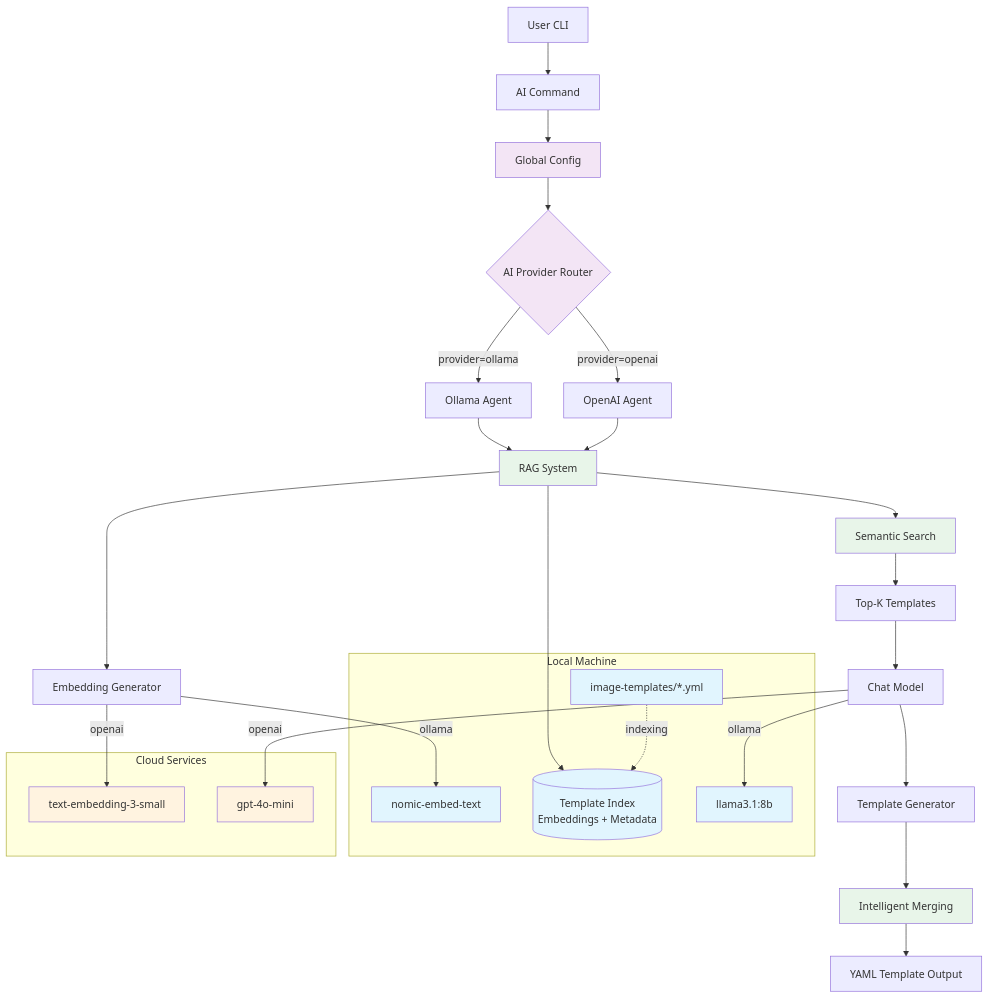
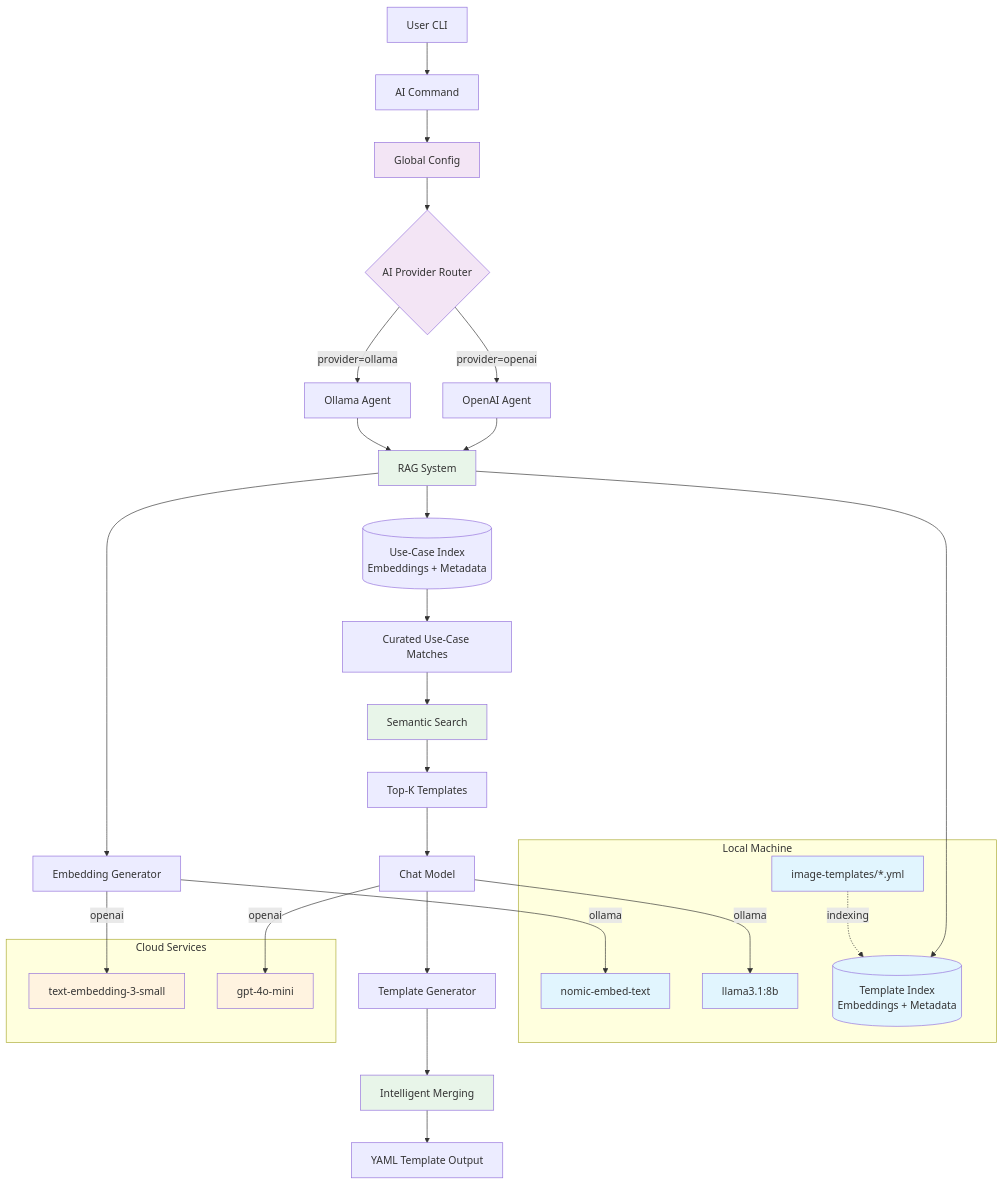
One commit to open-edge-platform/os-image-composer changed the first of 4 diagrams in docs/architecture/os-oimage-composer-ai-asistant.md. Above: the diagram before and after it, drawn with Mermaid. The commit also changed other lines of this file and 8 other files, not shown here.

Commit message:
added use-case rag guidance in addition to template based RAG

````diff
--- a/docs/architecture/os-oimage-composer-ai-asistant.md
+++ b/docs/architecture/os-oimage-composer-ai-asistant.md
@@ -126,53 +127,55 @@
 ```mermaid
 graph TB
     User[User CLI] --> AICommand[AI Command]
     AICommand --> Config[Global Config]
     Config --> AIProvider{AI Provider Router}
     
     AIProvider -->|provider=ollama| OllamaAgent[Ollama Agent]
     AIProvider -->|provider=openai| OpenAIAgent[OpenAI Agent]
     
-    OllamaAgent --> RAG[RAG System]
-    OpenAIAgent --> RAG
-    
-    RAG --> EmbeddingClient[Embedding Generator]
+  OllamaAgent --> RAG[RAG System]
+  OpenAIAgent --> RAG
+
+  RAG --> EmbeddingClient[Embedding Generator]
     EmbeddingClient -->|ollama| OllamaEmbed[nomic-embed-text]
     EmbeddingClient -->|openai| OpenAIEmbed[text-embedding-3-small]
     
-    RAG --> TemplateIndex[(Template Index<br/>Embeddings + Metadata)]
-    
-    RAG --> Retrieval[Semantic Search]
+  RAG --> UseCaseIndex[(Use-Case Index<br/>Embeddings + Metadata)]
+  RAG --> TemplateIndex[(Template Index<br/>Embeddings + Metadata)]
+
+  UseCaseIndex --> UseCaseMatches[Curated Use-Case Matches]
+  UseCaseMatches --> Retrieval[Semantic Search]
     Retrieval --> TopK[Top-K Templates]
     
     TopK --> LLM[Chat Model]
     LLM -->|ollama| OllamaChat[llama3.1:8b]
     LLM -->|openai| OpenAIChat[gpt-4o-mini]
     
     LLM --> TemplateGen[Template Generator]
     TemplateGen --> Merge[Intelligent Merging]
     Merge --> YAMLOut[YAML Template Output]
     
     Templates[image-templates/*.yml] -.indexing.-> TemplateIndex
     
     subgraph "Local Machine"
         OllamaEmbed
         OllamaChat
         TemplateIndex
         Templates
     end
     
     subgraph "Cloud Services"
         OpenAIEmbed
         OpenAIChat
     end
     
     classDef local fill:#e1f5fe
     classDef cloud fill:#fff3e0
     classDef config fill:#f3e5f5
     classDef rag fill:#e8f5e9
     
     class OllamaEmbed,OllamaChat,TemplateIndex,Templates local
     class OpenAIEmbed,OpenAIChat cloud
     class Config,AIProvider config
     class RAG,Retrieval,Merge rag
 ```
````
